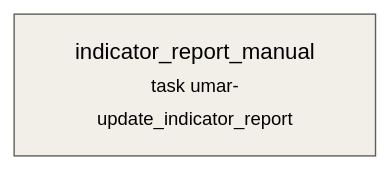
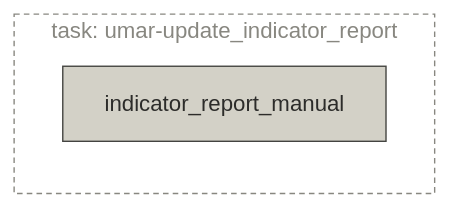
The diagram in docs/pipelines/task-umar-update_indicator_report.md (majazaloznik/umar-automation-scripts), drawn with Mermaid (neutral theme) before and after one commit. The commit also changed 31 other files, not shown here.

Commit message:
Update mermaid plots in pipelines

````diff
--- a/docs/pipelines/task-umar-update_indicator_report.md
+++ b/docs/pipelines/task-umar-update_indicator_report.md
@@ -21,8 +21,12 @@
 ```mermaid
 flowchart LR
-  indicator_report_manual["indicator_report_manual<br/><small>task umar-update_indicator_report</small>"]:::step
-  classDef source fill:#FAECE7,stroke:#993C1D
-  classDef step fill:#F1EFE8,stroke:#5F5E5A
-  classDef store fill:#E1F5EE,stroke:#0F6E56
-  classDef output fill:#EEEDFE,stroke:#534AB7
+  
+  subgraph task_umar_update_indicator_report["task: umar-update_indicator_report"]
+    indicator_report_manual["indicator_report_manual"]:::step
+  end
+  style task_umar_update_indicator_report fill:none,stroke:#888780,stroke-dasharray:4 3,color:#888780
+  classDef source fill:#F0997B,stroke:#712B13,color:#4A1B0C,stroke-width:1px
+  classDef step fill:#D3D1C7,stroke:#444441,color:#2C2C2A,stroke-width:1px
+  classDef store fill:#5DCAA5,stroke:#085041,color:#04342C,stroke-width:1px
+  classDef output fill:#AFA9EC,stroke:#3C3489,color:#26215C,stroke-width:1px
 ```
````
